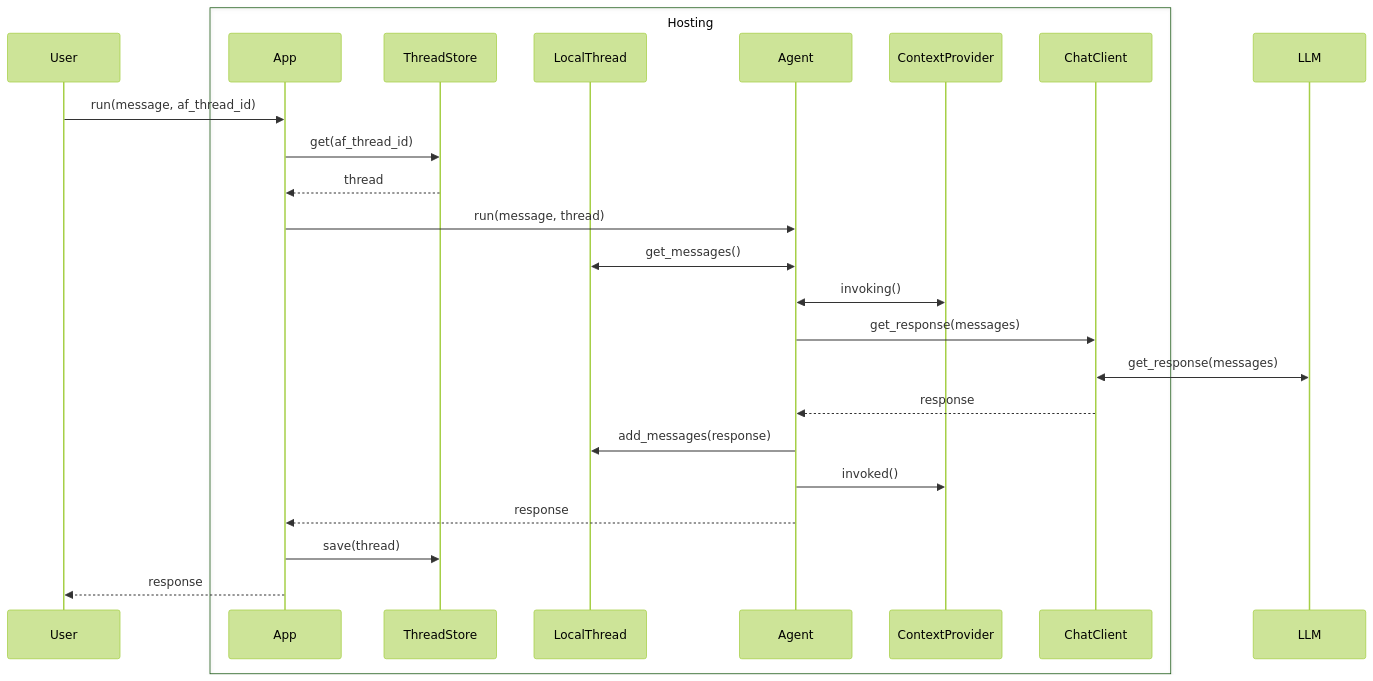
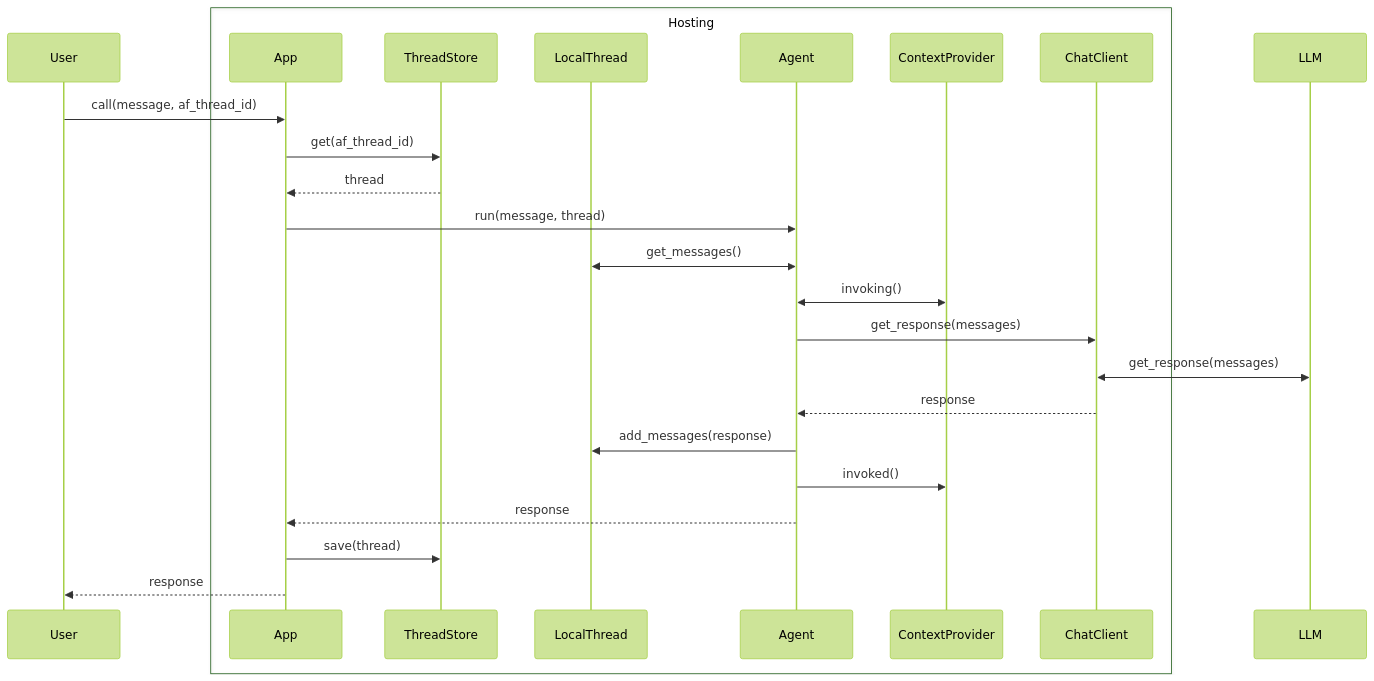
The fifth of 5 diagrams in docs/decisions/00XX-python-agent-threads.md (microsoft/agent-framework), drawn with Mermaid (forest theme) before and after one commit.

Commit message:
hosting flow slight update

````diff
--- a/docs/decisions/00XX-python-agent-threads.md
+++ b/docs/decisions/00XX-python-agent-threads.md
@@ -197,29 +197,29 @@
 ```mermaid
 sequenceDiagram
 
         participant User
     box Hosting
         participant App
         participant ThreadStore
         participant LocalThread
         participant Agent
         participant ContextProvider
         participant ChatClient
     end
         participant LLM
 
-    User->>App: run(message, af_thread_id)
+    User->>App: call(message, af_thread_id)
     App->>ThreadStore: get(af_thread_id)
     ThreadStore-->>App: thread
     App->>Agent: run(message, thread)
     Agent<<->>LocalThread: get_messages()
     Agent<<->>ContextProvider: invoking()
     Agent->>ChatClient: get_response(messages)
     ChatClient<<->>LLM: get_response(messages)
     ChatClient-->>Agent: response
     Agent->>LocalThread: add_messages(response)
     Agent->>ContextProvider: invoked()
     Agent-->>App: response
     App->>ThreadStore: save(thread)
     App-->>User: response
 ```
````
